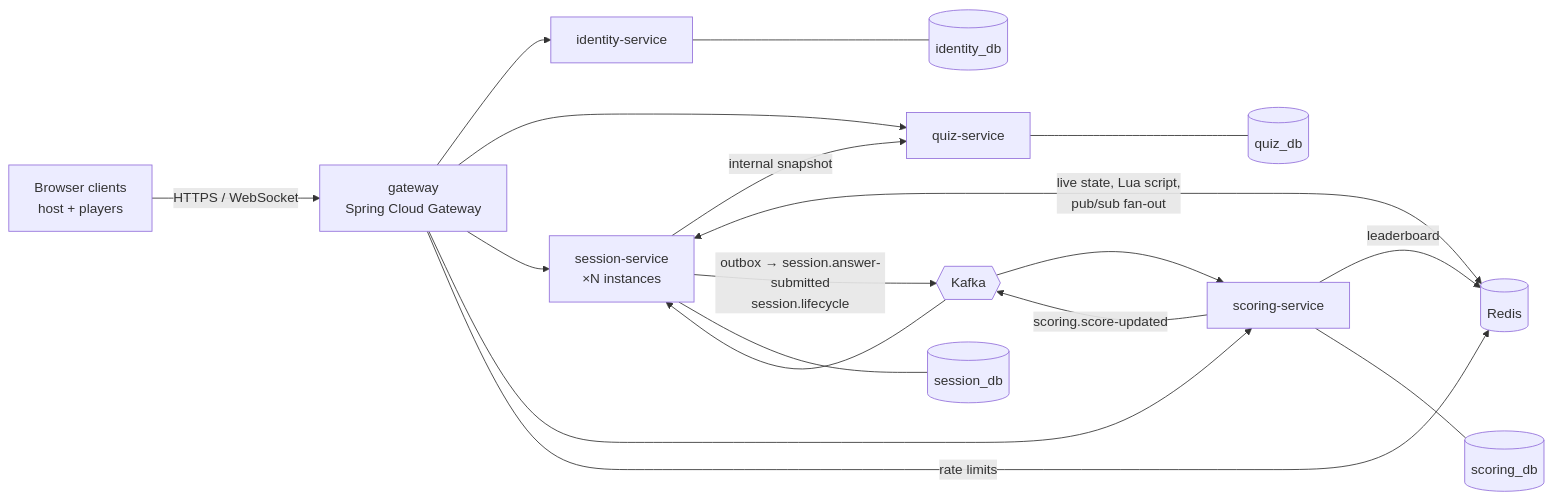
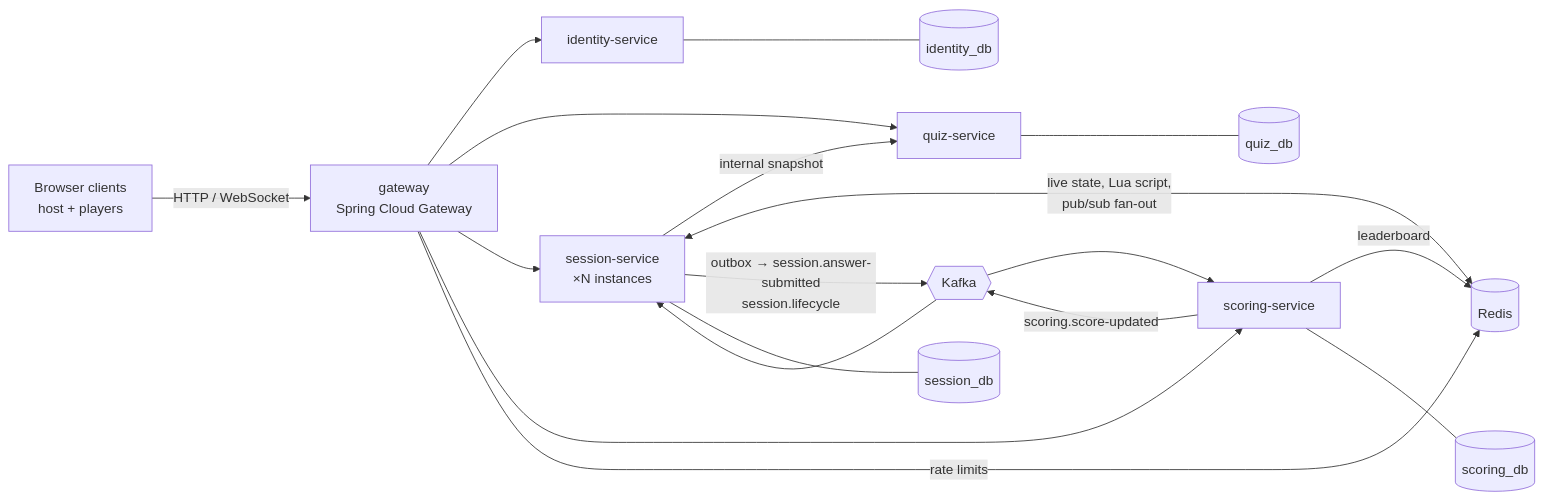
One commit to nibinrj/buzzer changed the diagram in README.md. Above: the diagram before and after it, drawn with Mermaid. The commit also changed other lines of this file and 20 other files, not shown here.

````diff
--- a/README.md
+++ b/README.md
@@ -17,24 +20,24 @@
 ```mermaid
 flowchart LR
-    C[Browser clients<br/>host + players] -->|HTTPS / WebSocket| GW[gateway<br/>Spring Cloud Gateway]
+    C[Browser clients<br/>host + players] -->|HTTP / WebSocket| GW[gateway<br/>Spring Cloud Gateway]
 
     GW --> ID[identity-service]
     GW --> QZ[quiz-service]
     GW --> SS[session-service<br/>×N instances]
     GW --> SC[scoring-service]
 
     SS -->|internal snapshot| QZ
     SS <-->|live state, Lua script,<br/>pub/sub fan-out| R[(Redis)]
     GW -->|rate limits| R
     SC -->|leaderboard| R
 
     SS -->|outbox → session.answer-submitted<br/>session.lifecycle| K{{Kafka}}
     K --> SC
     SC -->|scoring.score-updated| K
     K --> SS
 
     ID --- P1[(identity_db)]
     QZ --- P2[(quiz_db)]
     SS --- P3[(session_db)]
     SC --- P4[(scoring_db)]
 ```
````
